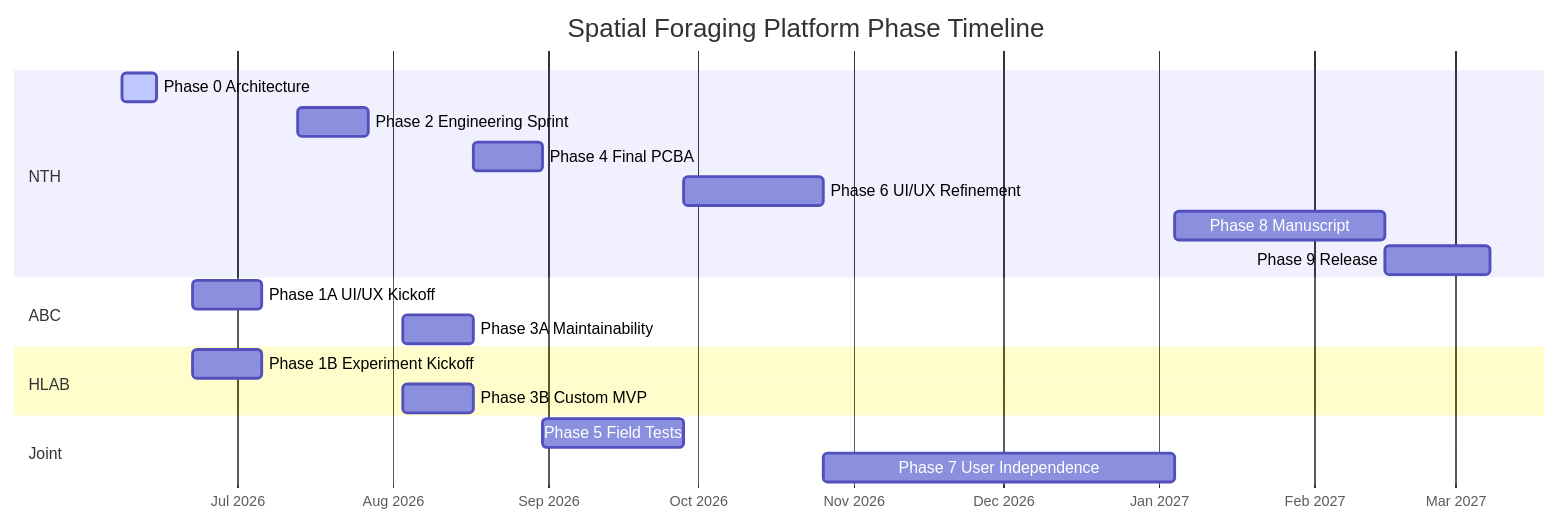
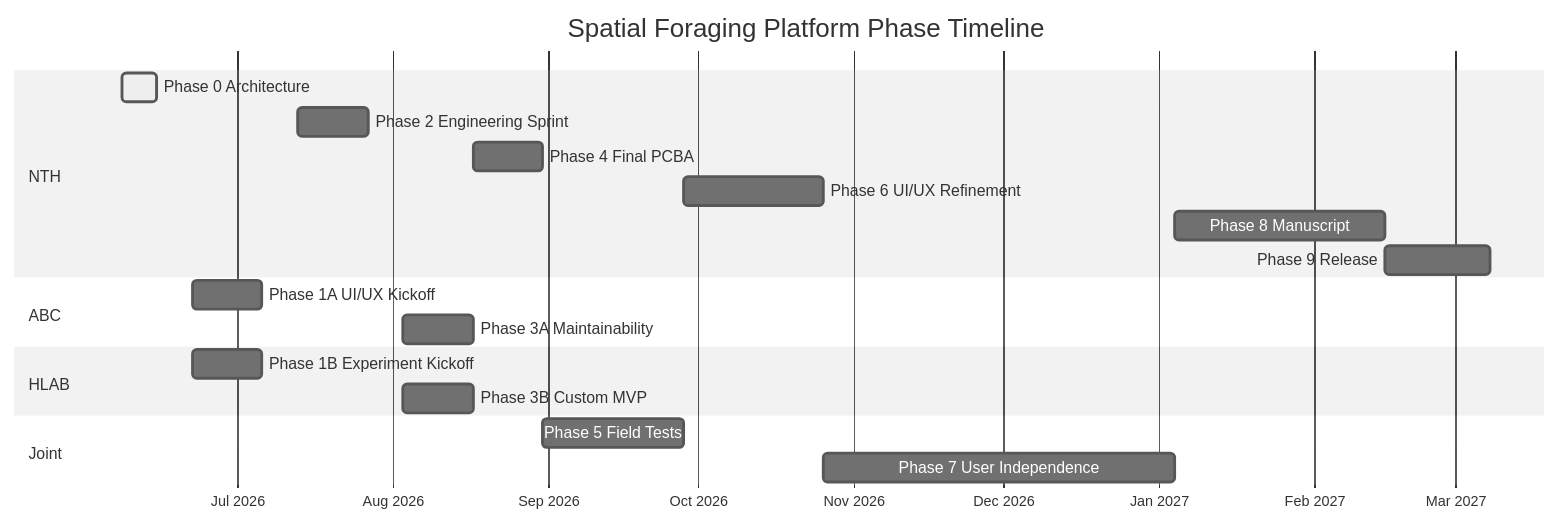
One commit to Neurotech-Hub/SpatialForagingPlatform-ProjectManager changed the diagram in PROJECT.md. Above: the diagram before and after it, drawn with Mermaid.

````diff
--- a/PROJECT.md
+++ b/PROJECT.md
@@ -41,26 +41,27 @@
 ```mermaid
+%%{init: {'theme': 'neutral'} }%%
 gantt
   title Spatial Foraging Platform Phase Timeline
   dateFormat YYYY-MM-DD
   axisFormat %b %Y
 
   section NTH
   Phase 0 Architecture        :active, p0, 2026-06-08, 7d
   Phase 2 Engineering Sprint  :p2, 2026-07-13, 14d
   Phase 4 Final PCBA          :p4, 2026-08-17, 14d
   Phase 6 UI/UX Refinement    :p6, 2026-09-28, 28d
   Phase 8 Manuscript          :p8, 2027-01-04, 42d
   Phase 9 Release             :p9, 2027-02-15, 21d
 
   section ABC
   Phase 1A UI/UX Kickoff      :p1a, 2026-06-22, 14d
   Phase 3A Maintainability    :p3a, 2026-08-03, 14d
 
   section HLAB
   Phase 1B Experiment Kickoff :p1b, 2026-06-22, 14d
   Phase 3B Custom MVP         :p3b, 2026-08-03, 14d
 
   section Joint
   Phase 5 Field Tests         :p5, 2026-08-31, 28d
   Phase 7 User Independence   :p7, 2026-10-26, 70d
 ```
````
